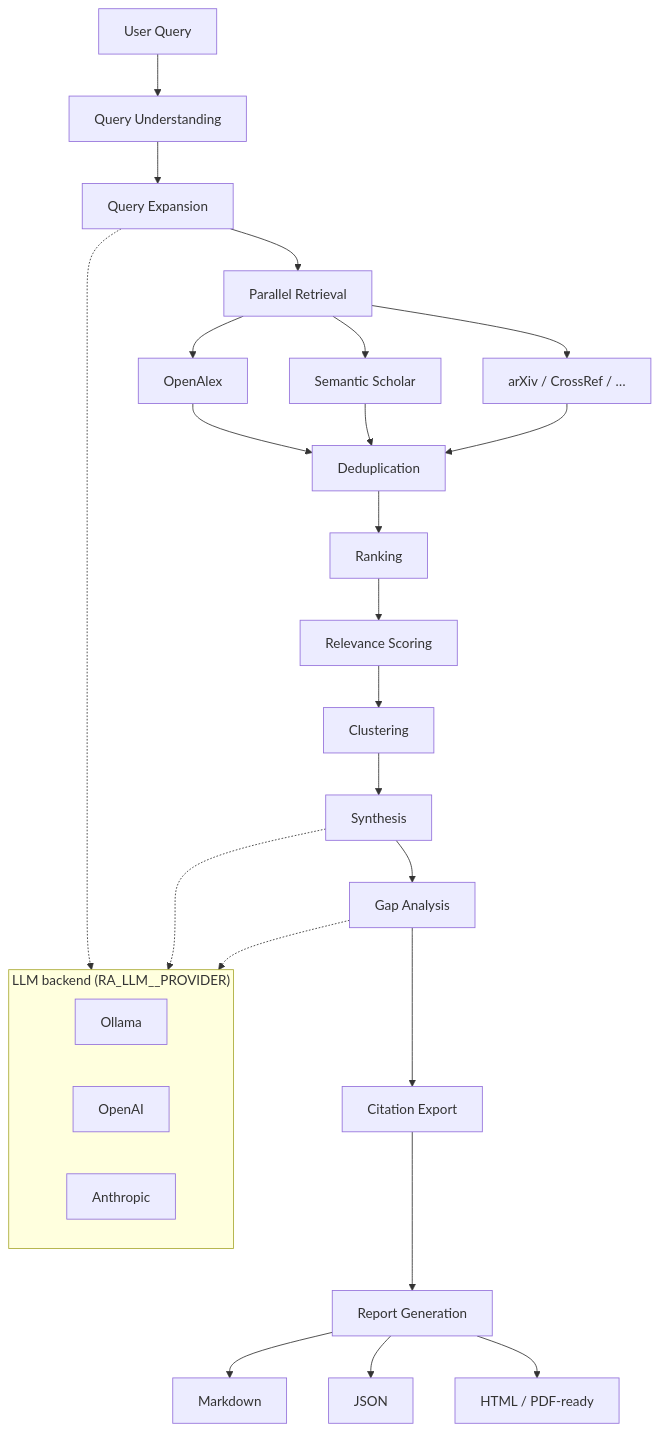
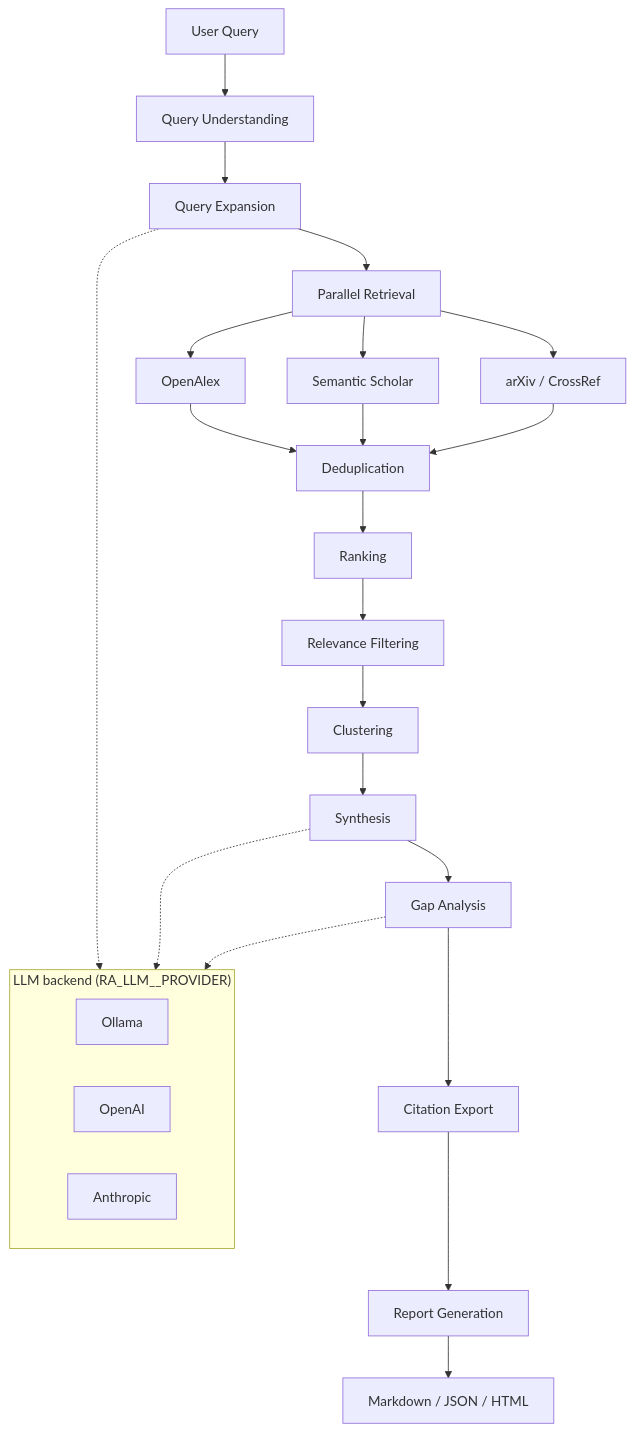
The diagram in README.md (Ndevu12/Research_Assistant_Model), drawn with Mermaid before and after one commit. The commit also changed other lines of this file and 5 other files, not shown here.

````diff
--- a/README.md
+++ b/README.md
@@ -331,32 +108,30 @@
 ```mermaid
 flowchart TD
     Q[User Query] --> QU[Query Understanding]
     QU --> QE[Query Expansion]
     QE --> R[Parallel Retrieval]
     R --> OA[OpenAlex]
     R --> SS[Semantic Scholar]
-    R --> AX[arXiv / CrossRef / …]
+    R --> AX[arXiv / CrossRef]
     OA --> DEDUP[Deduplication]
     SS --> DEDUP
     AX --> DEDUP
     DEDUP --> RANK[Ranking]
-    RANK --> REL[Relevance Scoring]
+    RANK --> REL[Relevance Filtering]
     REL --> CLU[Clustering]
     CLU --> SYN[Synthesis]
     SYN --> GAP[Gap Analysis]
     GAP --> CIT[Citation Export]
     CIT --> REP[Report Generation]
-    REP --> MD[Markdown]
-    REP --> JSON[JSON]
-    REP --> HTML[HTML / PDF-ready]
+    REP --> MD[Markdown / JSON / HTML]
 
     subgraph LLM["LLM backend (RA_LLM__PROVIDER)"]
         OLL[Ollama]
         OAI[OpenAI]
         ANT[Anthropic]
     end
 
     QE -.-> LLM
     SYN -.-> LLM
     GAP -.-> LLM
 ```
````
